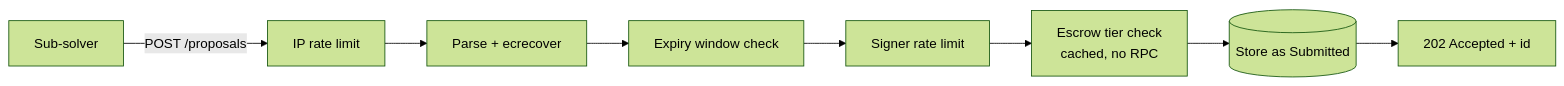
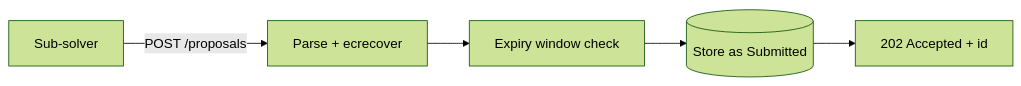
Before and after one commit to bleu/byos-docs: the first of 3 diagrams in service.md, drawn with Mermaid (forest theme). The commit also changed other lines of this file and 2 other files, not shown here.

````diff
--- a/service.md
+++ b/service.md
@@ -22,10 +22,7 @@
 ```mermaid
 flowchart LR
-    SS[Sub-solver] -->|POST /proposals| IP[IP rate limit]
-    IP --> PR[Parse + ecrecover]
+    SS[Sub-solver] -->|POST /proposals| PR[Parse + ecrecover]
     PR --> EX[Expiry window check]
-    EX --> SR[Signer rate limit]
-    SR --> ET[Escrow tier check<br/>cached, no RPC]
-    ET --> DB[(Store as Submitted)]
+    EX --> DB[(Store as Submitted)]
     DB --> R[202 Accepted + id]
 ```
````
